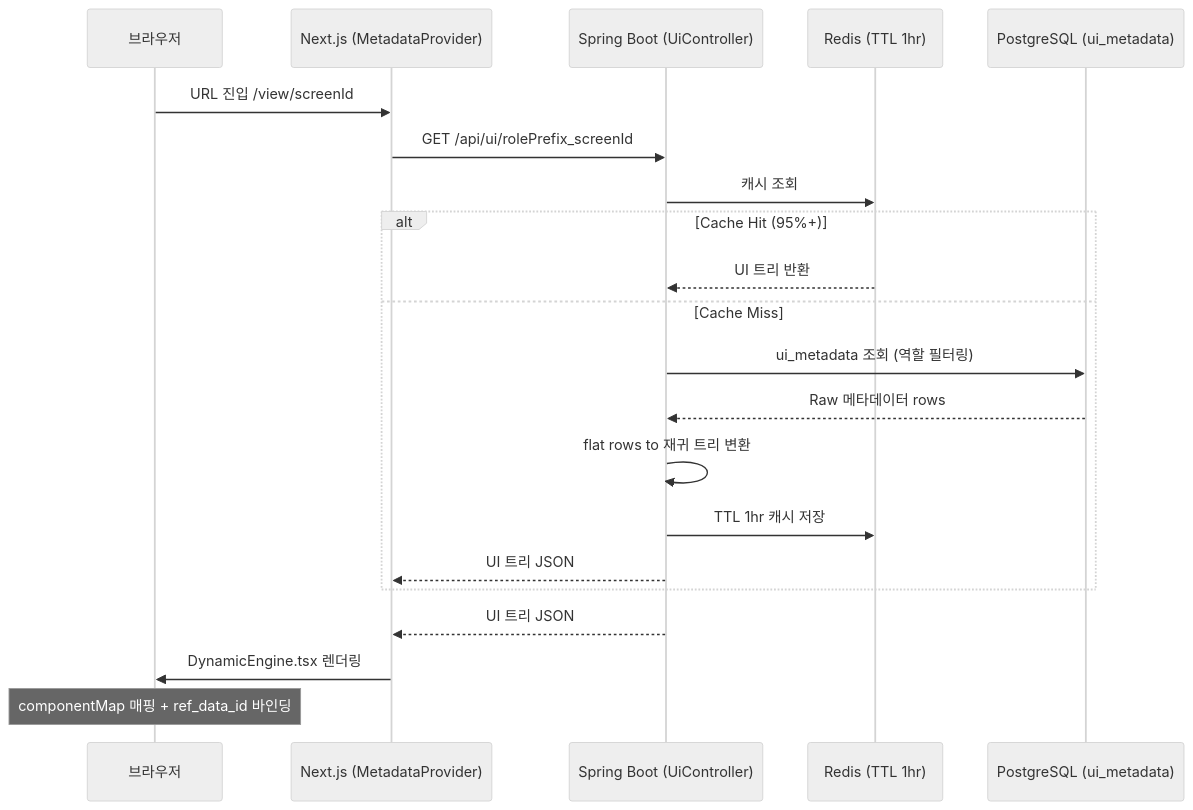
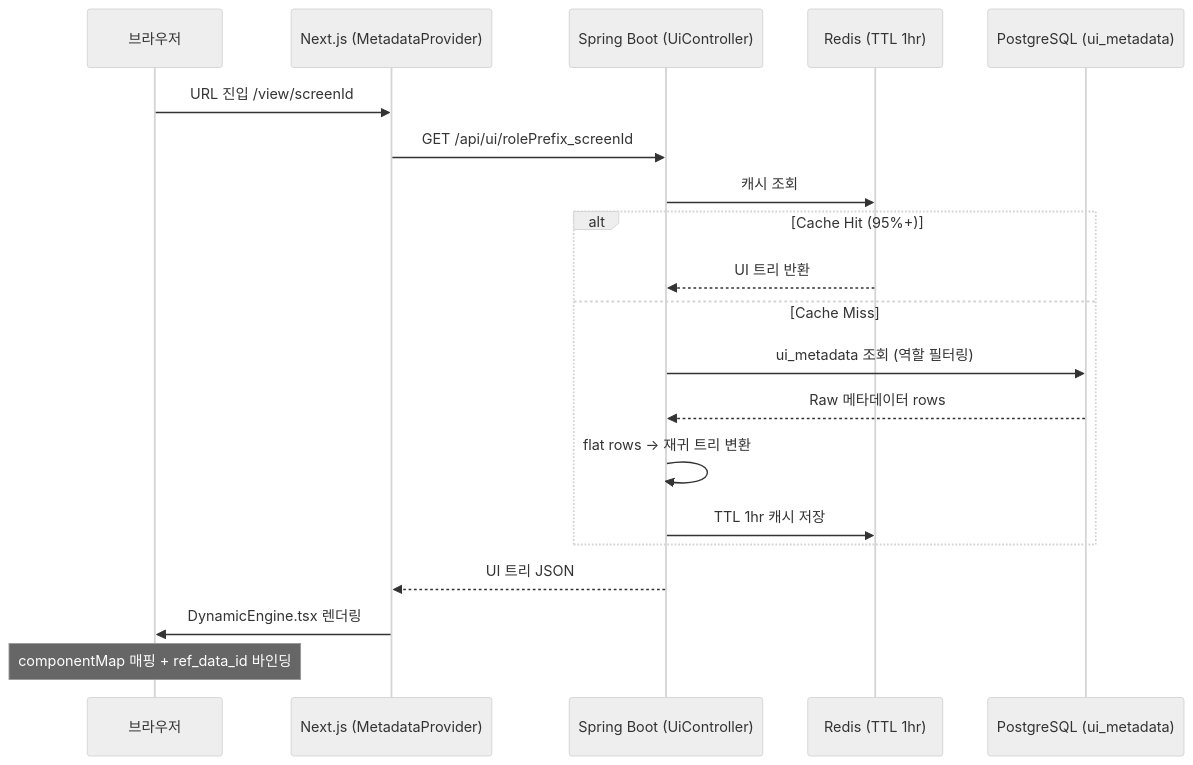
One commit to feed-mina/SDUI changed the diagram in README.md. Above: the diagram before and after it, drawn with Mermaid (neutral theme). The commit also changed other lines of this file, not shown here.

````diff
--- a/README.md
+++ b/README.md
@@ -142,24 +99,23 @@
 ```mermaid
 sequenceDiagram
     participant Browser as 브라우저
     participant Next as Next.js (MetadataProvider)
     participant Spring as Spring Boot (UiController)
     participant Redis as Redis (TTL 1hr)
     participant PG as PostgreSQL (ui_metadata)
 
     Browser->>Next: URL 진입 /view/screenId
     Next->>Spring: GET /api/ui/rolePrefix_screenId
     Spring->>Redis: 캐시 조회
     alt Cache Hit (95%+)
         Redis-->>Spring: UI 트리 반환
     else Cache Miss
         Spring->>PG: ui_metadata 조회 (역할 필터링)
         PG-->>Spring: Raw 메타데이터 rows
-        Spring->>Spring: flat rows to 재귀 트리 변환
+        Spring->>Spring: flat rows → 재귀 트리 변환
         Spring->>Redis: TTL 1hr 캐시 저장
-        Spring-->>Next: UI 트리 JSON
     end
     Spring-->>Next: UI 트리 JSON
     Next->>Browser: DynamicEngine.tsx 렌더링
     Note over Browser: componentMap 매핑 + ref_data_id 바인딩
 ```
````
